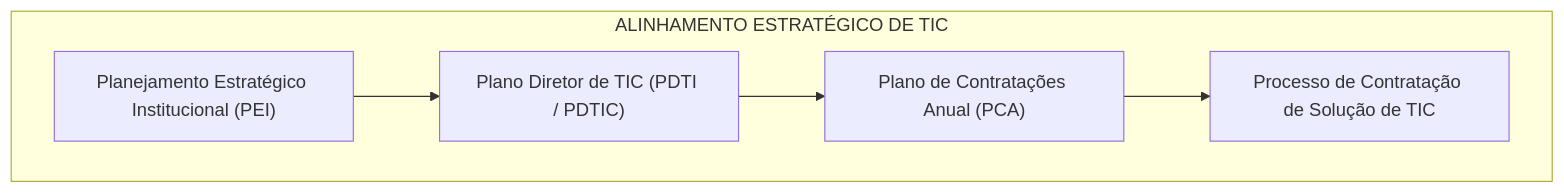
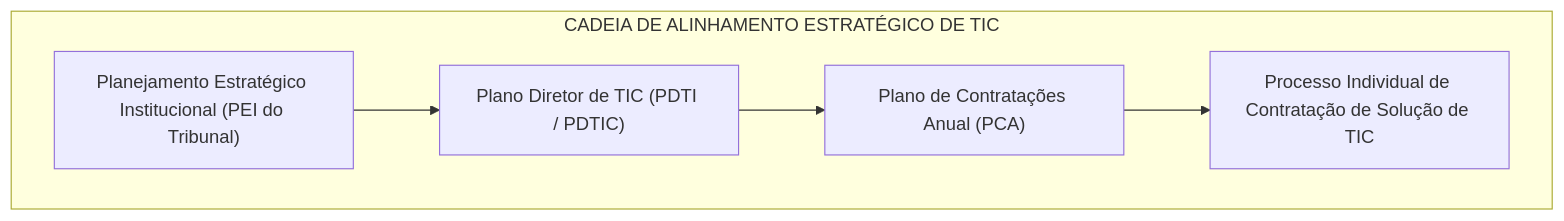
One commit to thiagosantos346/TCE-GO-2027 changed the first of 4 diagrams in fontes_de_estudo/conhecimentos_especificos_b02_ti/12_governanca_de_ti/04_contratacoes_de_tic_lei_14133_2021.md. Above: the diagram before and after it, drawn with Mermaid. The commit also changed other lines of this file and 119 other files, not shown here.

````diff
--- a/fontes_de_estudo/conhecimentos_especificos_b02_ti/12_governanca_de_ti/04_contratacoes_de_tic_lei_14133_2021.md
+++ b/fontes_de_estudo/conhecimentos_especificos_b02_ti/12_governanca_de_ti/04_contratacoes_de_tic_lei_14133_2021.md
@@ -77,8 +51,8 @@
 ```mermaid
 flowchart TD
-    subgraph ALINHAMENTO["ALINHAMENTO ESTRATÉGICO DE TIC"]
-        PEI["Planejamento Estratégico Institucional (PEI)"] --> PDTI["Plano Diretor de TIC (PDTI / PDTIC)"]
+    subgraph ALINHAMENTO["CADEIA DE ALINHAMENTO ESTRATÉGICO DE TIC"]
+        PEI["Planejamento Estratégico Institucional (PEI do Tribunal)"] --> PDTI["Plano Diretor de TIC (PDTI / PDTIC)"]
         PDTI --> PCA["Plano de Contratações Anual (PCA)"]
-        PCA --> PROC["Processo de Contratação de Solução de TIC"]
+        PCA --> PROC["Processo Individual de Contratação de Solução de TIC"]
     end
 ```
````
